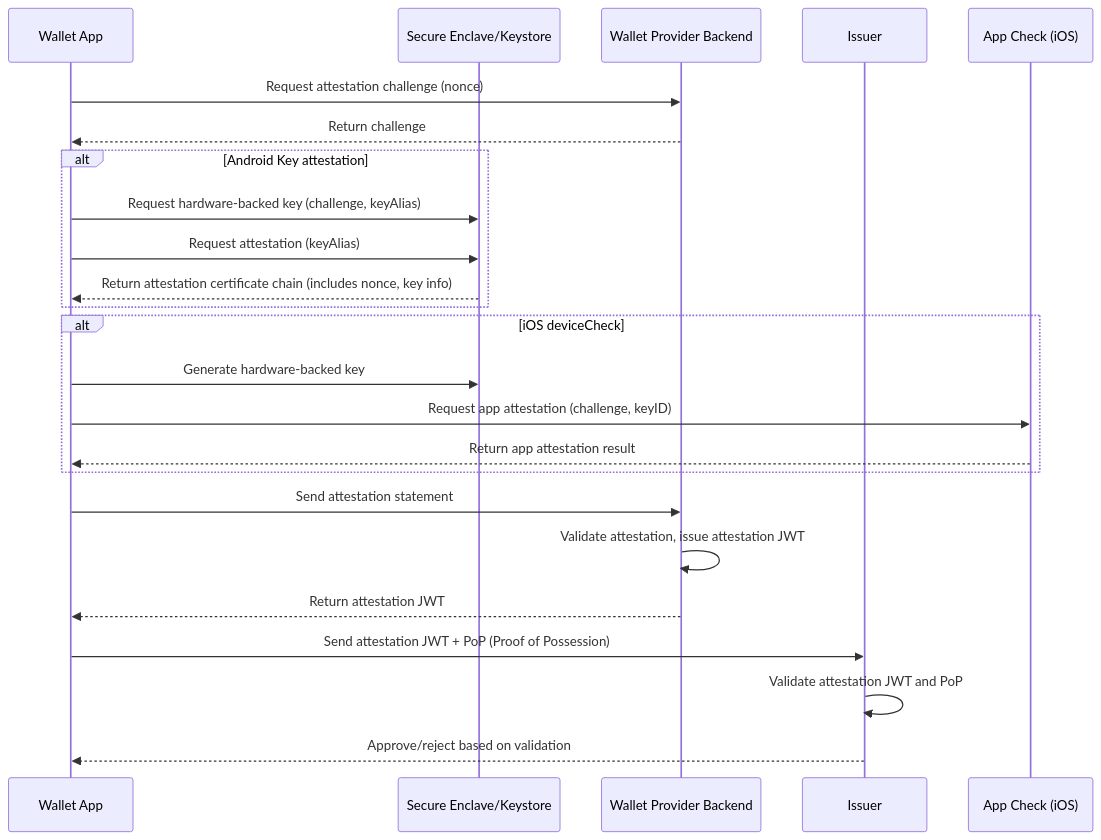
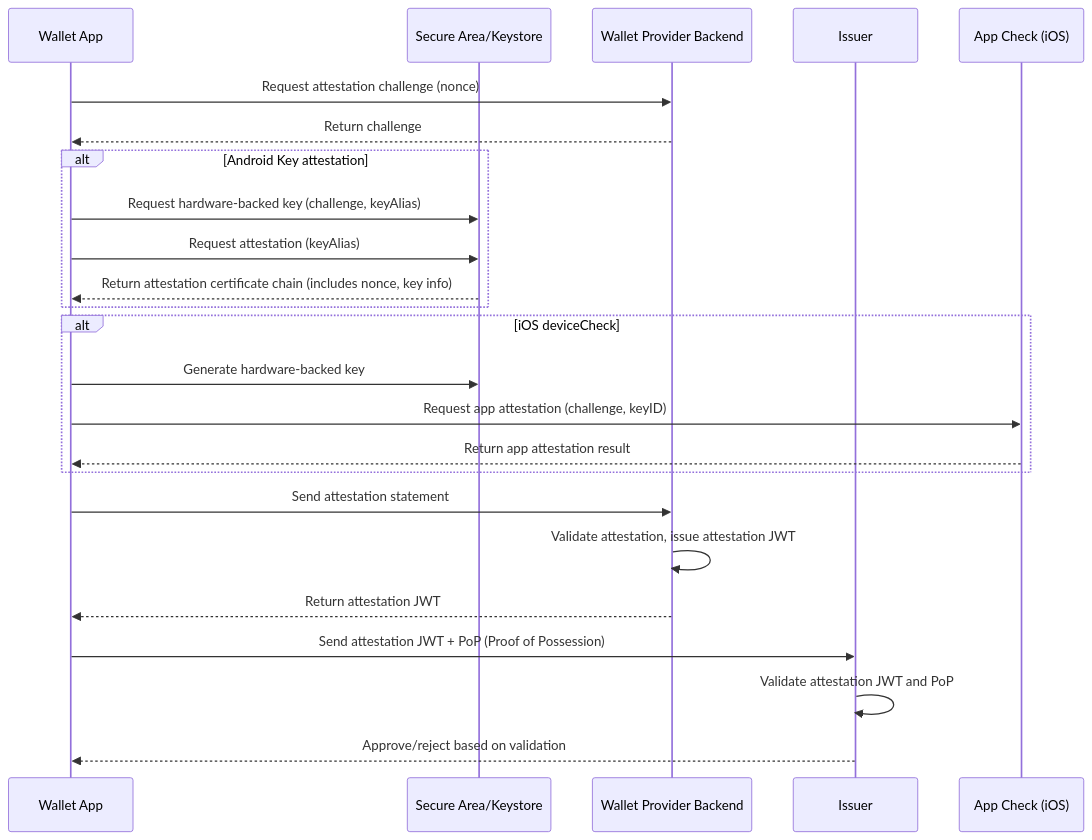
The diagram in docs/wallet-attestation.md (openwallet-foundation/bifold-wallet), drawn with Mermaid before and after one commit.

Commit message:
fix diagram typo

````diff
--- a/docs/wallet-attestation.md
+++ b/docs/wallet-attestation.md
@@ -115,27 +115,27 @@
 ```mermaid
 sequenceDiagram
    participant Wallet as Wallet App
-   participant SecureArea as Secure Enclave/Keystore
+   participant SecureArea as Secure Area/Keystore
    participant Backend as Wallet Provider Backend
    participant Issuer as Issuer
    participant AppCheck as App Check (iOS)
 
    Wallet->>Backend: Request attestation challenge (nonce)
    Backend-->>Wallet: Return challenge
       alt Android Key attestation
          Wallet->>SecureArea: Request hardware-backed key (challenge, keyAlias)
          Wallet->>SecureArea: Request attestation (keyAlias) 
          SecureArea-->>Wallet: Return attestation certificate chain (includes nonce, key info)
       end
       alt iOS deviceCheck
          Wallet->>SecureArea: Generate hardware-backed key
          Wallet->>AppCheck: Request app attestation (challenge, keyID)
          AppCheck-->>Wallet: Return app attestation result
       end
    Wallet->>Backend: Send attestation statement
    Backend->>Backend: Validate attestation, issue attestation JWT
    Backend-->>Wallet: Return attestation JWT
    Wallet->>Issuer: Send attestation JWT + PoP (Proof of Possession)
    Issuer->>Issuer: Validate attestation JWT and PoP
    Issuer-->>Wallet: Approve/reject based on validation
 ```
````
